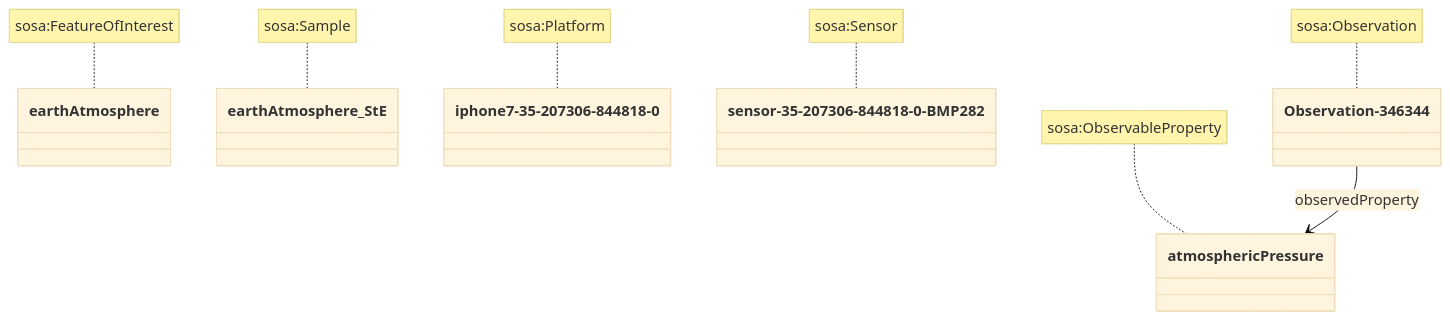
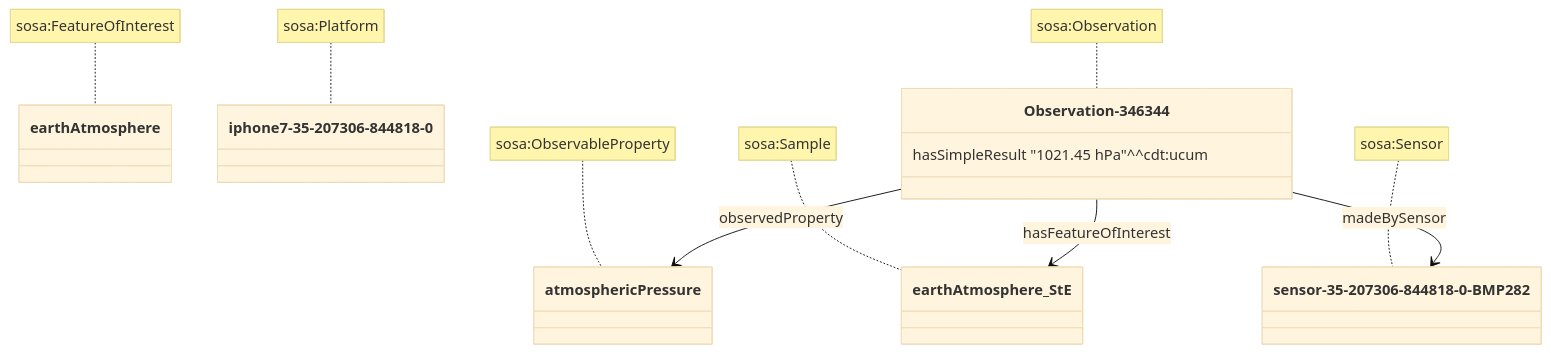
The diagram in Test/Example.md (DataCoveEU/FAIRiTRASH), drawn with Mermaid (base theme) before and after one commit.

````diff
--- a/Test/Example.md
+++ b/Test/Example.md
@@ -4,25 +4,28 @@
 ```mermaid
 classDiagram
    class earthAtmosphere{
     }
     note for earthAtmosphere "sosa:FeatureOfInterest"
     class earthAtmosphere_StE{
     }
     note for earthAtmosphere_StE "sosa:Sample"
     class atmosphericPressure{
     }
     note for atmosphericPressure "sosa:ObservableProperty"
     class iphone7-35-207306-844818-0{
     }
     note for iphone7-35-207306-844818-0 "sosa:Platform"
     class sensor-35-207306-844818-0-BMP282{
     }
     note for sensor-35-207306-844818-0-BMP282 "sosa:Sensor"
     class Observation-346344{
+      hasSimpleResult "1021.45 hPa"^^cdt:ucum
     }
     note for Observation-346344 "sosa:Observation"
     Observation-346344 --> atmosphericPressure: observedProperty
+    Observation-346344 --> earthAtmosphere_StE: hasFeatureOfInterest
+    Observation-346344 --> sensor-35-207306-844818-0-BMP282: madeBySensor
 
 
 
 ```
````
